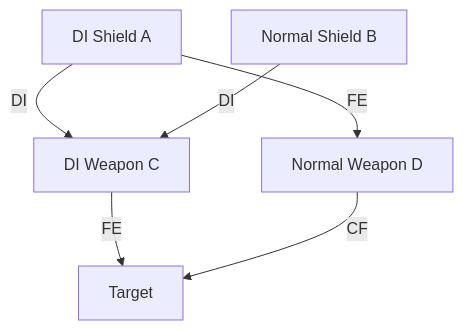
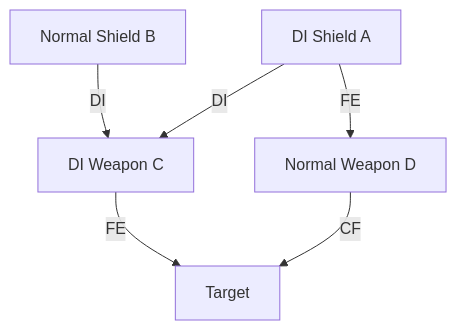
Before and after one commit to BKMzero/ultrabroken-documentation: the first of 15 diagrams in docs/wiki/glitchcraft/batch-despawn-interrupt.md, drawn with Mermaid. The commit also changed other lines of this file, not shown here.

````diff
--- a/docs/wiki/glitchcraft/batch-despawn-interrupt.md
+++ b/docs/wiki/glitchcraft/batch-despawn-interrupt.md
@@ -77,15 +77,15 @@
         ```mermaid
         graph TD
 
             A[DI Shield A]
             B[Normal Shield B]
             C[DI Weapon C]
             D[Normal Weapon D]
             TARGET[Target]
 
+            B -->|DI| C
             A -->|DI| C
-            B -->|DI| C
             A -->|FE| D
             C -->|FE| TARGET
             D -->|CF| TARGET
         ```
````
